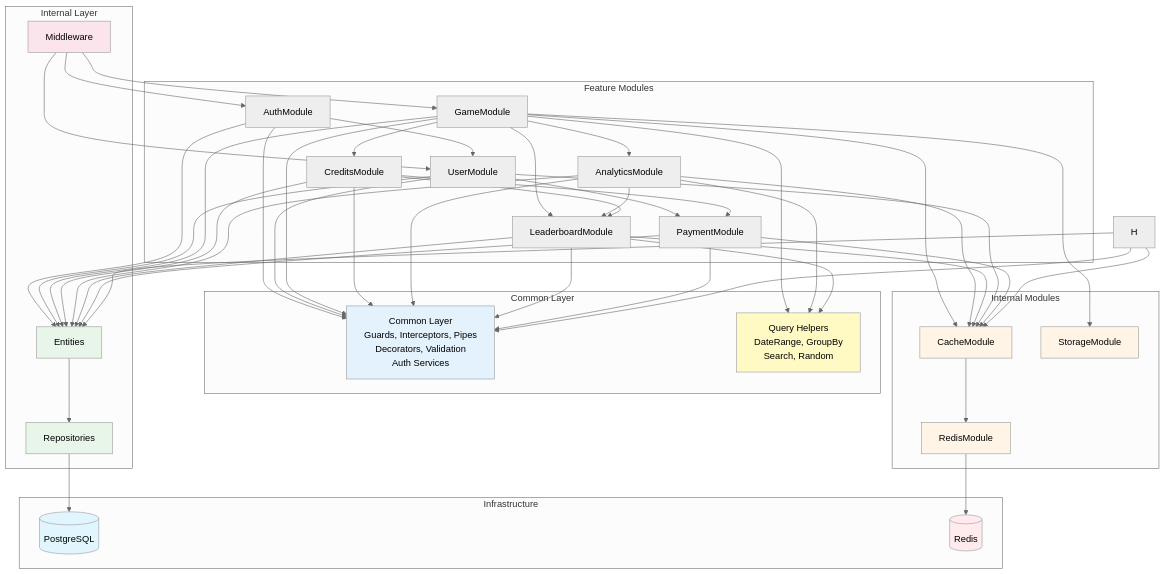
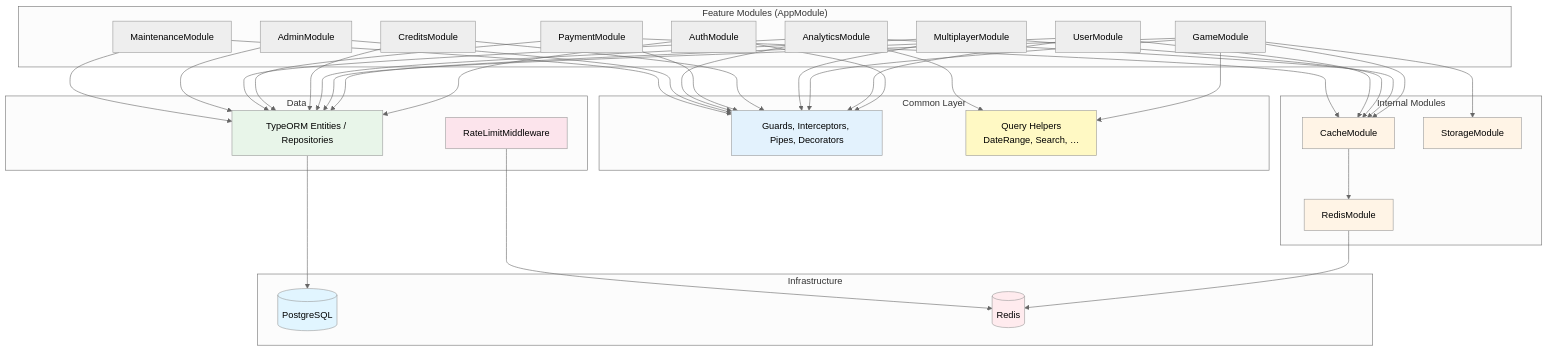
One commit to IsraelRub/EveryTriv changed the fourth of 31 diagrams in docs/DIAGRAMS.md. Above: the diagram before and after it, drawn with Mermaid (neutral theme). The commit also changed other lines of this file and 148 other files, not shown here.

First line of the commit message:
feat: email-gated profile, game text gate, session/multiplayer flows, Newman sync

````diff
--- a/docs/DIAGRAMS.md
+++ b/docs/DIAGRAMS.md
@@ -305,80 +270,76 @@
 ```mermaid
 graph TB
-    subgraph "Feature Modules"
-        A[AuthModule] --> B[UserModule]
-        C[GameModule] --> D[CreditsModule]
-        C --> E[AnalyticsModule]
-        C --> F[LeaderboardModule]
-        E --> F
-        D --> F
-        B --> G[PaymentModule]
-        D --> G
+    subgraph "Feature Modules (AppModule)"
+        A[AuthModule]
+        B[UserModule]
+        C[GameModule]
+        D[MultiplayerModule]
+        E[CreditsModule]
+        F[PaymentModule]
+        G[AnalyticsModule]
+        H[AdminModule]
+        I[MaintenanceModule]
     end
 
     subgraph "Common Layer"
-        CL[Common Layer<br/>Guards, Interceptors, Pipes<br/>Decorators, Validation<br/>Auth Services]
-        OA[Query Helpers<br/>DateRange, GroupBy<br/>Search, Random]
+        CL[Guards, Interceptors, Pipes, Decorators]
+        OA[Query Helpers<br/>DateRange, Search, …]
     end
 
     subgraph "Internal Modules"
         N[CacheModule]
         O[StorageModule]
         P[RedisModule]
     end
 
-    subgraph "Internal Layer"
-        Q[Entities]
-        R[Repositories]
-        S[Middleware]
+    subgraph "Data"
+        Q[TypeORM Entities / Repositories]
+        MW[RateLimitMiddleware]
     end
 
     subgraph "Infrastructure"
         T[(PostgreSQL)]
         U[(Redis)]
     end
 
     A --> CL
     B --> CL
     C --> CL
     D --> CL
     E --> CL
     F --> CL
     G --> CL
     H --> CL
+    I --> CL
     C --> OA
-    E --> OA
-    F --> OA
+    G --> OA
     A --> Q
     B --> Q
     C --> Q
     D --> Q
     E --> Q
     F --> Q
     G --> Q
     H --> Q
-    Q --> R
-    R --> T
+    I --> Q
+    Q --> T
     C --> N
     C --> O
-    E --> N
+    G --> N
+    D --> N
+    B --> N
     F --> N
-    B --> N
-    G --> N
-    H --> N
     N --> P
     P --> U
-    S --> A
-    S --> B
-    S --> C
+    MW --> U
 
     style CL fill:#e3f2fd,color:#000000
     style OA fill:#fff9c4,color:#000000
     style N fill:#fff4e6,color:#000000
     style O fill:#fff4e6,color:#000000
     style P fill:#fff4e6,color:#000000
     style Q fill:#e8f5e9,color:#000000
-    style R fill:#e8f5e9,color:#000000
-    style S fill:#fce4ec,color:#000000
+    style MW fill:#fce4ec,color:#000000
     style T fill:#e1f5ff,color:#000000
     style U fill:#ffebee,color:#000000
 ```
````
